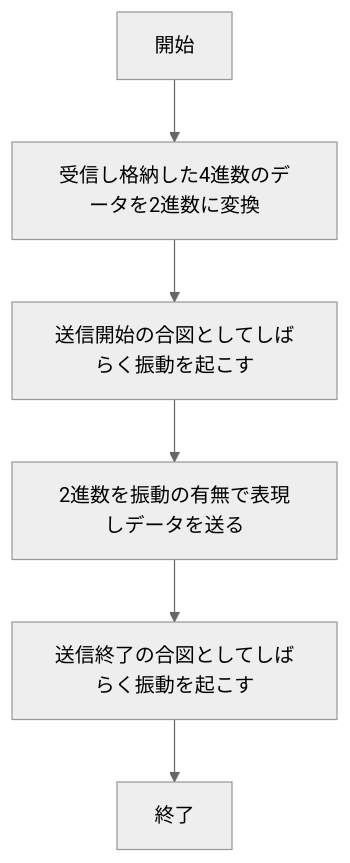
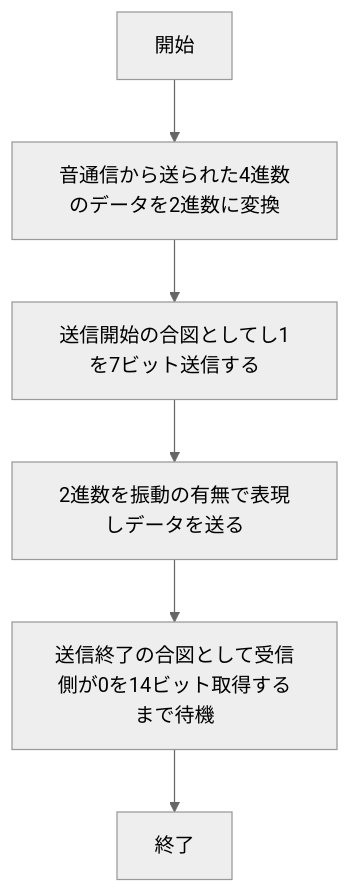
One commit to kanayuu0404/hakkason changed the second of 3 diagrams in README.md. Above: the diagram before and after it, drawn with Mermaid (neutral theme). The commit also changed other lines of this file and 1 other file, not shown here.

````diff
--- a/README.md
+++ b/README.md
@@ -31,16 +33,16 @@
 ```mermaid
 flowchart TD;
 
 start["開始"];
 end1["終了"]
-hennkann["受信し格納した4進数のデータを2進数に変換"]
-aizu1["送信開始の合図としてしばらく振動を起こす"]
+hennkann["音通信から送られた4進数のデータを2進数に変換"]
+aizu1["送信開始の合図としてし1を7ビット送信する"]
 sousinn["2進数を振動の有無で表現しデータを送る"]
-aizu2["送信終了の合図としてしばらく振動を起こす"]
+aizu2["送信終了の合図として受信側が0を14ビット取得するまで待機"]
 
 start --> hennkann
 hennkann --> aizu1
 aizu1 --> sousinn
 sousinn --> aizu2
 aizu2 --> end1
 ```
````
